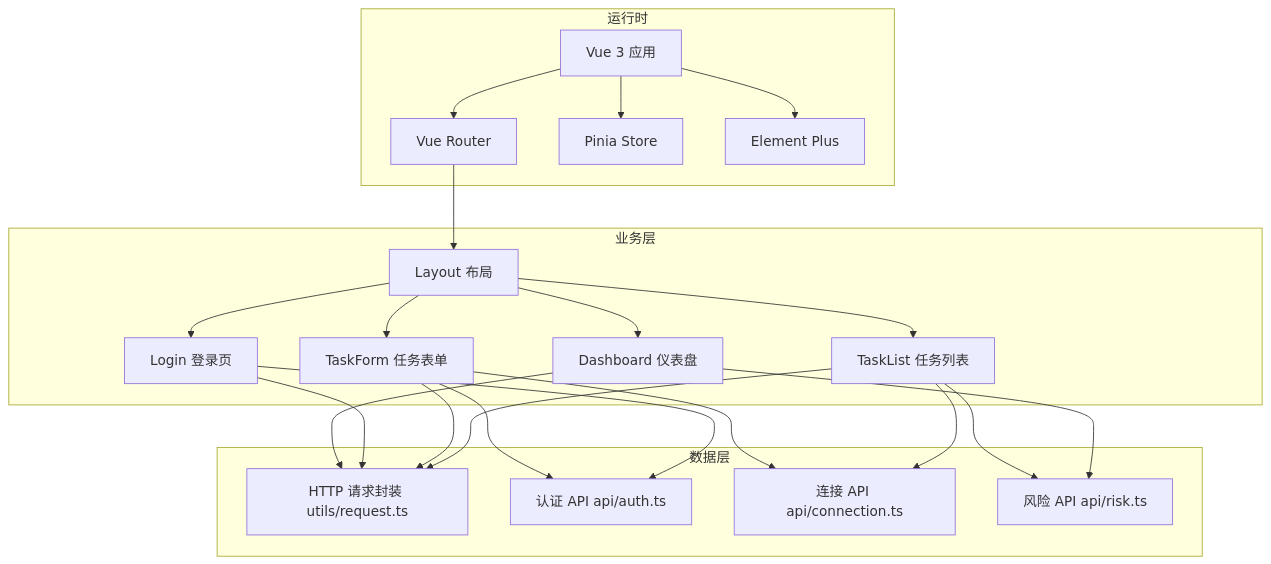
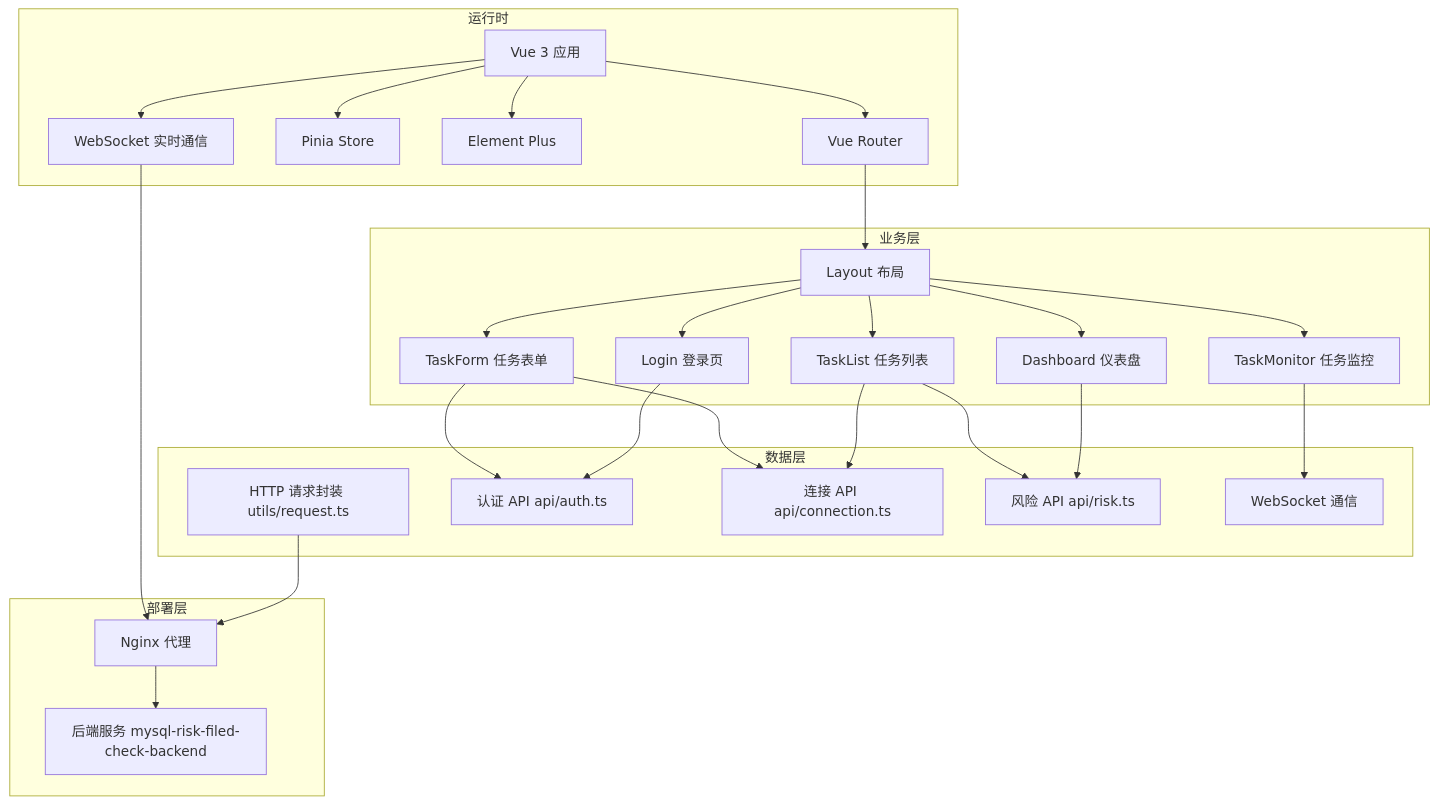
Before and after one commit to zzjxmy/mysql-risk-filed-check: the second of 7 diagrams in .qoder/repowiki/zh/content/前端应用架构/前端应用架构.md, drawn with Mermaid. The commit also changed other lines of this file and 4 other files, not shown here.

First line of the commit message:
feat(task-monitor): 优化WebSocket连接通过Nginx代理转发

````diff
--- a/.qoder/repowiki/zh/content/前端应用架构/前端应用架构.md
+++ b/.qoder/repowiki/zh/content/前端应用架构/前端应用架构.md
@@ -118,40 +133,49 @@
 ```mermaid
 graph TB
 subgraph "运行时"
 VUE["Vue 3 应用"]
 ROUTER["Vue Router"]
 PINIA["Pinia Store"]
 ELE["Element Plus"]
+WS["WebSocket 实时通信"]
 end
 subgraph "业务层"
 LAYOUT["Layout 布局"]
 LOGIN["Login 登录页"]
 DASH["Dashboard 仪表盘"]
 TASKLIST["TaskList 任务列表"]
 TASKFORM["TaskForm 任务表单"]
+TASKMONITOR["TaskMonitor 任务监控"]
 end
 subgraph "数据层"
 REQ["HTTP 请求封装 utils/request.ts"]
 AUTHAPI["认证 API api/auth.ts"]
 CONNAPI["连接 API api/connection.ts"]
 RISKAPI["风险 API api/risk.ts"]
+WSAPI["WebSocket 通信"]
+end
+subgraph "部署层"
+NGINX["Nginx 代理"]
+BACKEND["后端服务 mysql-risk-filed-check-backend"]
 end
 VUE --> ROUTER
 VUE --> PINIA
 VUE --> ELE
+VUE --> WS
 ROUTER --> LAYOUT
 LAYOUT --> LOGIN
 LAYOUT --> DASH
 LAYOUT --> TASKLIST
 LAYOUT --> TASKFORM
+LAYOUT --> TASKMONITOR
 LOGIN --> AUTHAPI
 DASH --> RISKAPI
 TASKLIST --> CONNAPI
 TASKLIST --> RISKAPI
 TASKFORM --> CONNAPI
 TASKFORM --> AUTHAPI
-TASKLIST --> REQ
-TASKFORM --> REQ
-LOGIN --> REQ
-DASH --> REQ
+TASKMONITOR --> WSAPI
+REQ --> NGINX
+WS --> NGINX
+NGINX --> BACKEND
 ```
````
